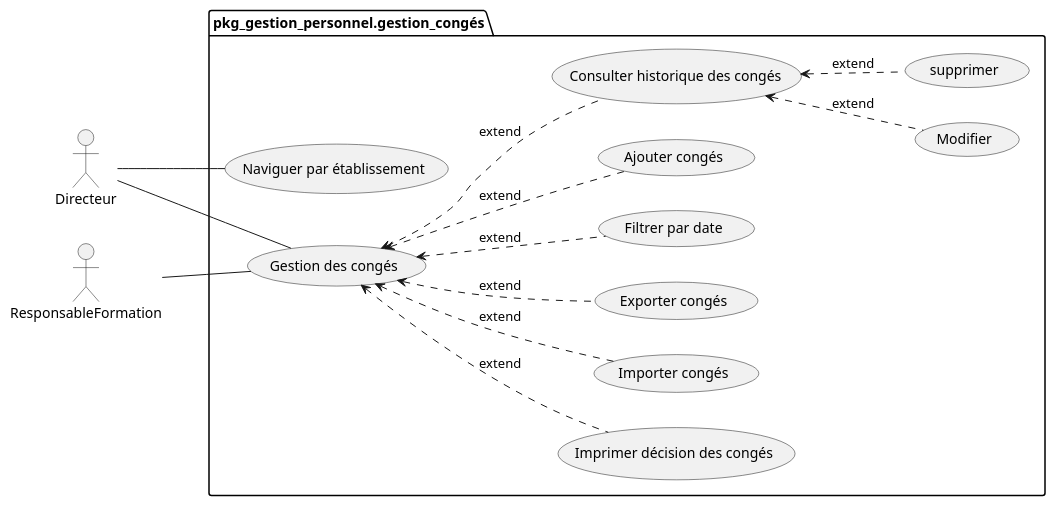
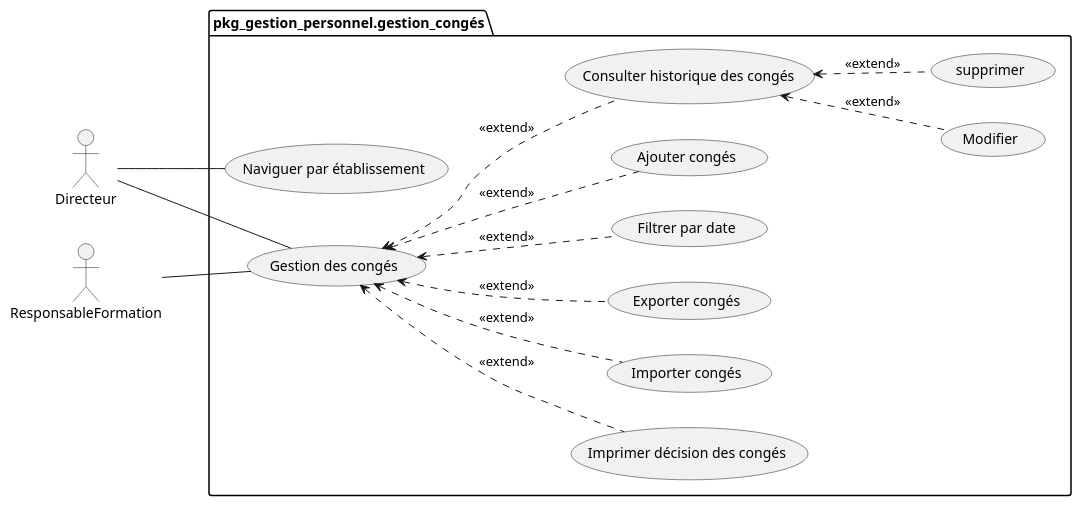
The diagram in modélisation/pkg_Conge/uses_cases_pkg_Conge-detaile.puml (hamidAchaou/gestion-personnels), drawn with PlantUML before and after one commit. The commit also changed 1 other file, not shown here.

```diff
--- a/modélisation/pkg_Conge/uses_cases_pkg_Conge-detaile.puml
+++ b/modélisation/pkg_Conge/uses_cases_pkg_Conge-detaile.puml
@@ -1,26 +1,26 @@
 @startuml  
 
 left to right direction
 
 actor Directeur as directeur
 actor ResponsableFormation as responsableFormation
 
 package "pkg_gestion_personnel.gestion_congés" {
 
   directeur -- (Naviguer par établissement)
   directeur -- (Gestion des congés)
   
-  (Gestion des congés) <.. (Imprimer décision des congés) : extend
-  (Gestion des congés) <.. (Importer congés) : extend
-  (Gestion des congés) <.. (Exporter congés) : extend
-  (Gestion des congés) <.. (Filtrer par date) : extend
-  (Gestion des congés) <.. (Ajouter congés) : extend
-  (Gestion des congés) <.. (Consulter historique des congés) : extend
-  (Consulter historique des congés) <.. (Modifier) : extend
-  (Consulter historique des congés) <.. (supprimer) : extend
+  (Gestion des congés) <.. (Imprimer décision des congés) : <<extend>>
+  (Gestion des congés) <.. (Importer congés) : <<extend>>
+  (Gestion des congés) <.. (Exporter congés) : <<extend>>
+  (Gestion des congés) <.. (Filtrer par date) : <<extend>>
+  (Gestion des congés) <.. (Ajouter congés) : <<extend>>
+  (Gestion des congés) <.. (Consulter historique des congés) : <<extend>>
+  (Consulter historique des congés) <.. (Modifier) : <<extend>>
+  (Consulter historique des congés) <.. (supprimer) : <<extend>>
 
   responsableFormation -- (Gestion des congés)
   
 }
 
 @enduml
```
